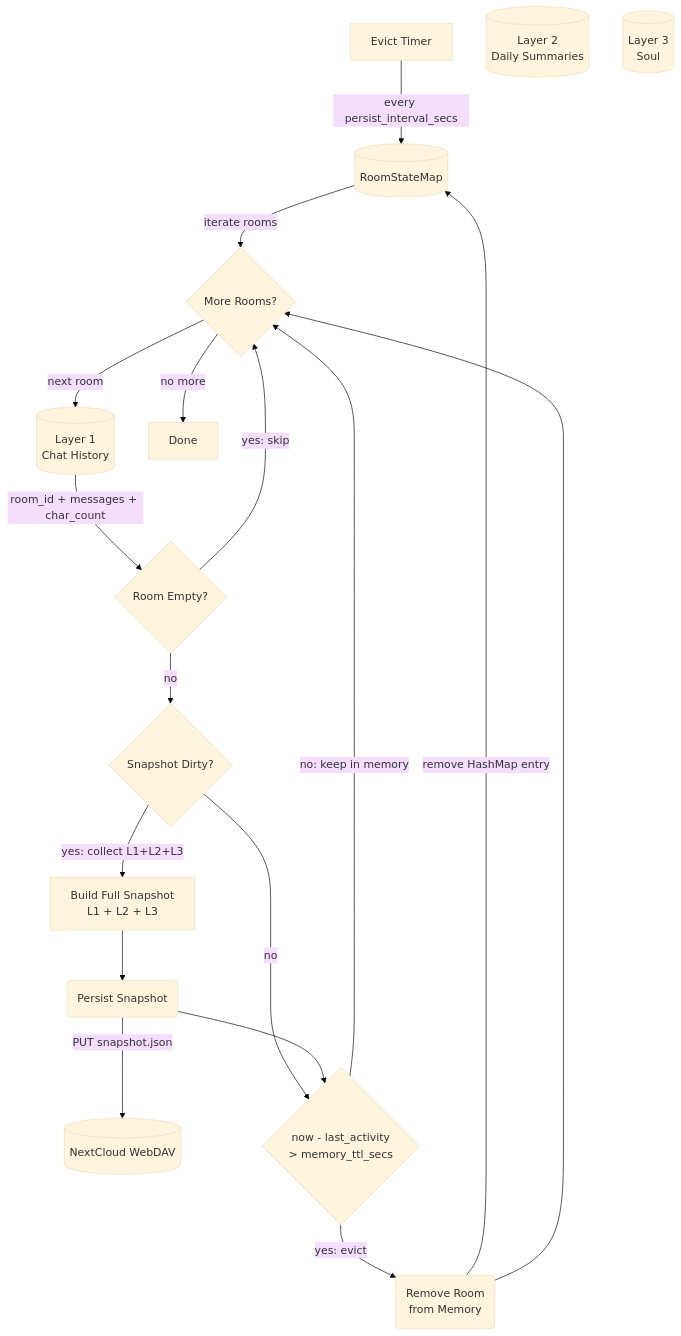
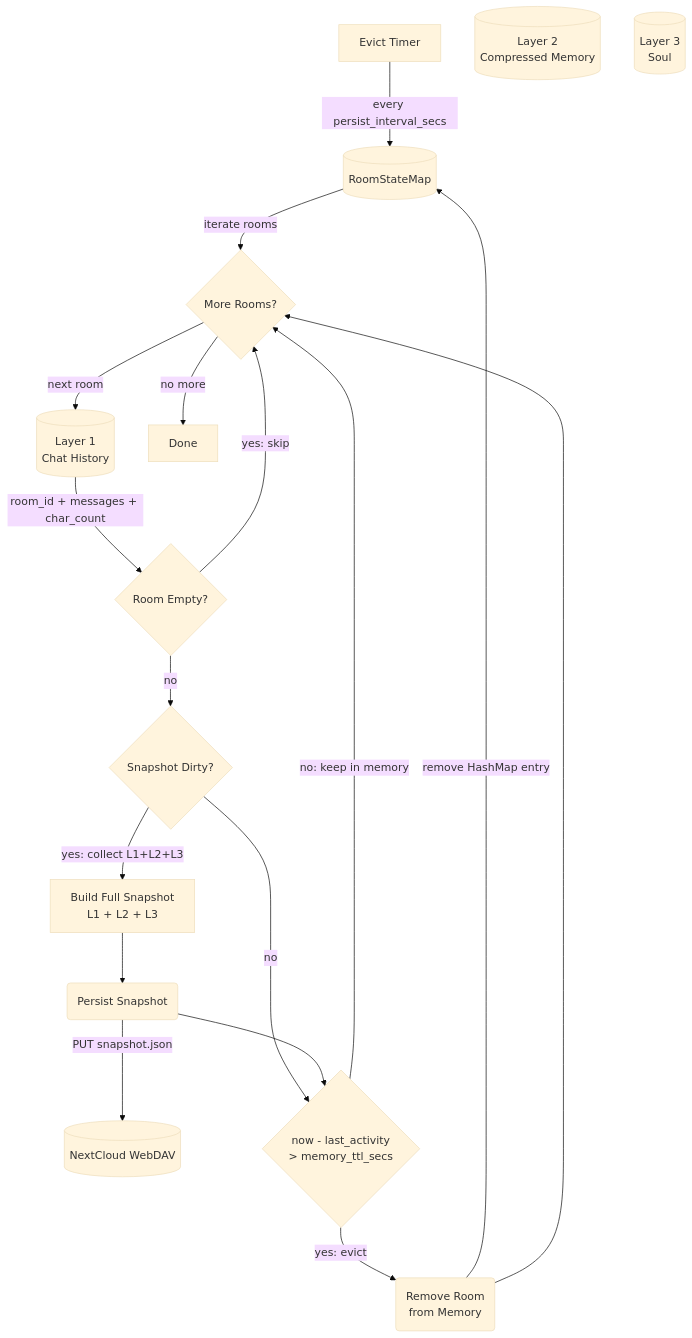
Before and after one commit to cosmoswafer/rockbot: the third of 7 diagrams in _dfds/base/memory.md, drawn with Mermaid (base theme). The commit also changed other lines of this file and 5 other files, not shown here.

First line of the commit message:
Revise DFDs: replace daily summaries with single summary.md compression

````diff
--- a/_dfds/base/memory.md
+++ b/_dfds/base/memory.md
@@ -129,34 +150,34 @@
 ```mermaid
 flowchart TD
     TIMER[Evict Timer]
     L1[(Layer 1<br/>Chat History)]
-    L2[(Layer 2<br/>Daily Summaries)]
+    L2[(Layer 2<br/>Compressed Memory)]
     L3[(Layer 3<br/>Soul)]
     WEBDAV[(NextCloud WebDAV)]
     LOAD_ROOM{More Rooms?}
     EMPTY{Room Empty?}
     DIRTY{Snapshot Dirty?}
     BUILD[Build Full Snapshot<br/>L1 + L2 + L3]
     PERSIST(Persist Snapshot)
     STALE{"now - last_activity<br/>> memory_ttl_secs"}
     EVICT(Remove Room<br/>from Memory)
     ROOMS[(RoomStateMap)]
     DONE[Done]
 
     TIMER -->|"every persist_interval_secs"| ROOMS
     ROOMS -->|"iterate rooms"| LOAD_ROOM
     LOAD_ROOM -->|"next room"| L1
     LOAD_ROOM -->|"no more"| DONE
     L1 -->|"room_id + messages + char_count"| EMPTY
     EMPTY -->|"no"| DIRTY
     EMPTY -->|"yes: skip"| LOAD_ROOM
     DIRTY -->|"yes: collect L1+L2+L3"| BUILD
     DIRTY -->|"no"| STALE
     BUILD --> PERSIST
     PERSIST -->|"PUT snapshot.json"| WEBDAV
     PERSIST --> STALE
     STALE -->|"yes: evict"| EVICT
     STALE -->|"no: keep in memory"| LOAD_ROOM
     EVICT -->|"remove HashMap entry"| ROOMS
     EVICT --> LOAD_ROOM
 ```
````
